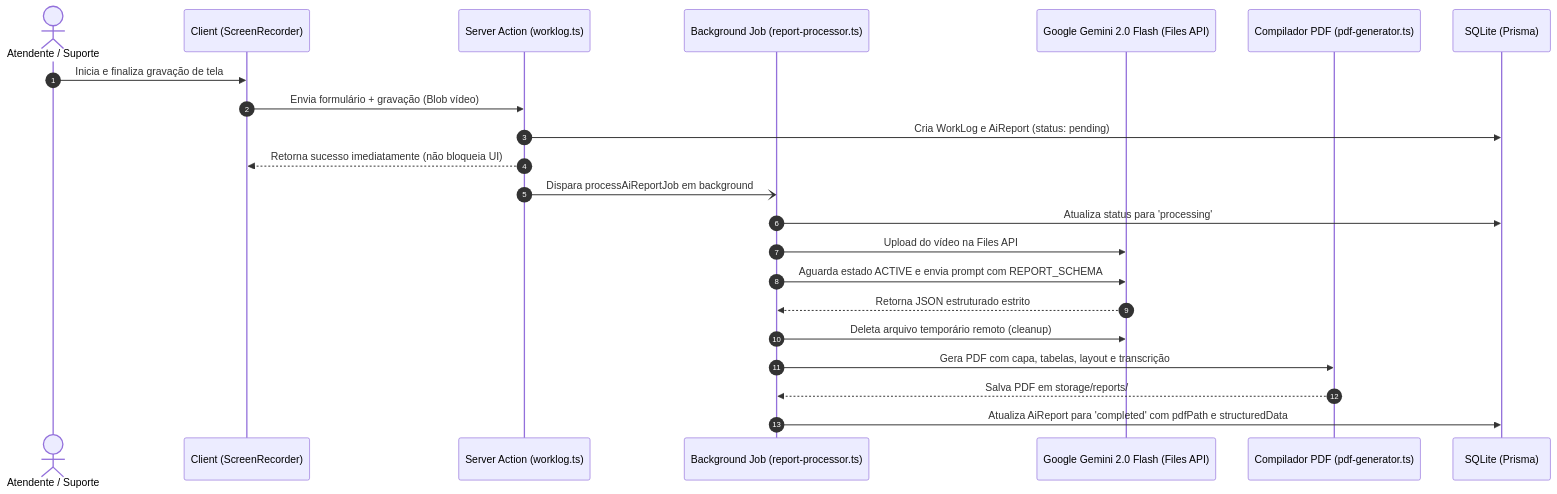
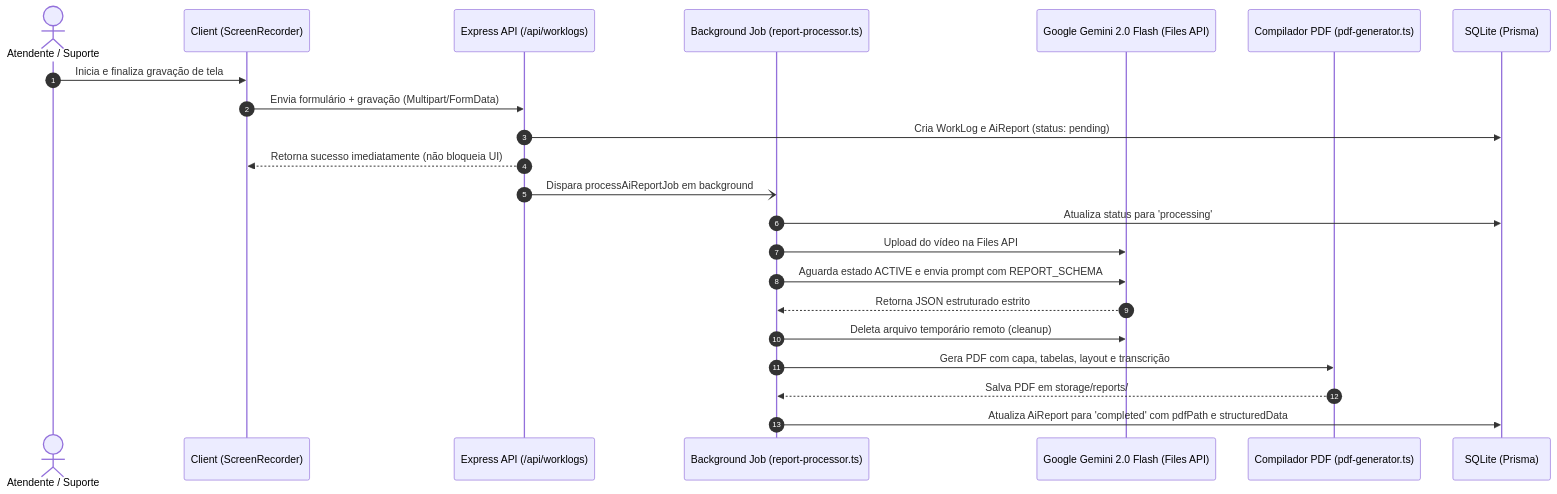
Before and after one commit to marcosfelpdev/hubSupport: the diagram in .agents/skills/report-generation-pipeline/SKILL.md, drawn with Mermaid. The commit also changed other lines of this file and 61 other files, not shown here.

````diff
--- a/.agents/skills/report-generation-pipeline/SKILL.md
+++ b/.agents/skills/report-generation-pipeline/SKILL.md
@@ -20,25 +20,25 @@
 ```mermaid
 sequenceDiagram
     autonumber
     actor User as Atendente / Suporte
     participant Browser as Client (ScreenRecorder)
-    participant Action as Server Action (worklog.ts)
+    participant API as Express API (/api/worklogs)
     participant Processor as Background Job (report-processor.ts)
     participant Gemini as Google Gemini 2.0 Flash (Files API)
     participant PDFKit as Compilador PDF (pdf-generator.ts)
     participant DB as SQLite (Prisma)
 
     User->>Browser: Inicia e finaliza gravação de tela
-    Browser->>Action: Envia formulário + gravação (Blob vídeo)
-    Action->>DB: Cria WorkLog e AiReport (status: pending)
-    Action-->>Browser: Retorna sucesso imediatamente (não bloqueia UI)
-    Action-)Processor: Dispara processAiReportJob em background
+    Browser->>API: Envia formulário + gravação (Multipart/FormData)
+    API->>DB: Cria WorkLog e AiReport (status: pending)
+    API-->>Browser: Retorna sucesso imediatamente (não bloqueia UI)
+    API-)Processor: Dispara processAiReportJob em background
     Processor->>DB: Atualiza status para 'processing'
     Processor->>Gemini: Upload do vídeo na Files API
     Processor->>Gemini: Aguarda estado ACTIVE e envia prompt com REPORT_SCHEMA
     Gemini-->>Processor: Retorna JSON estruturado estrito
     Processor->>Gemini: Deleta arquivo temporário remoto (cleanup)
     Processor->>PDFKit: Gera PDF com capa, tabelas, layout e transcrição
     PDFKit-->>Processor: Salva PDF em storage/reports/
     Processor->>DB: Atualiza AiReport para 'completed' com pdfPath e structuredData
 ```
````
